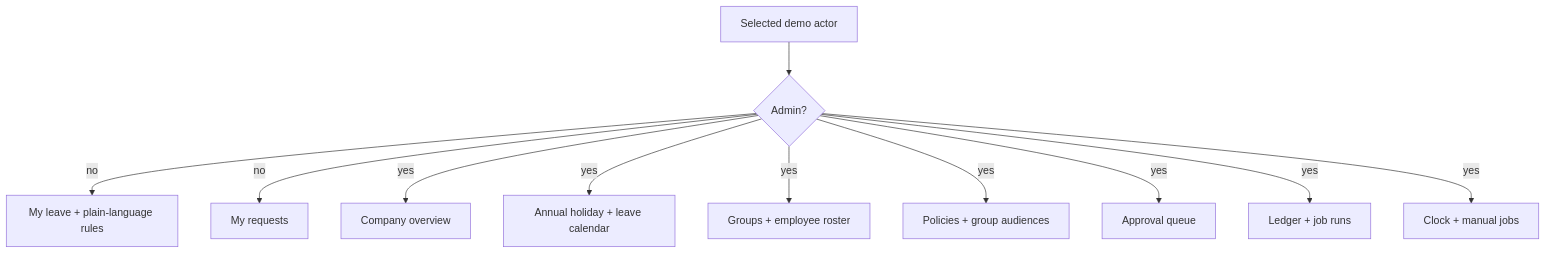
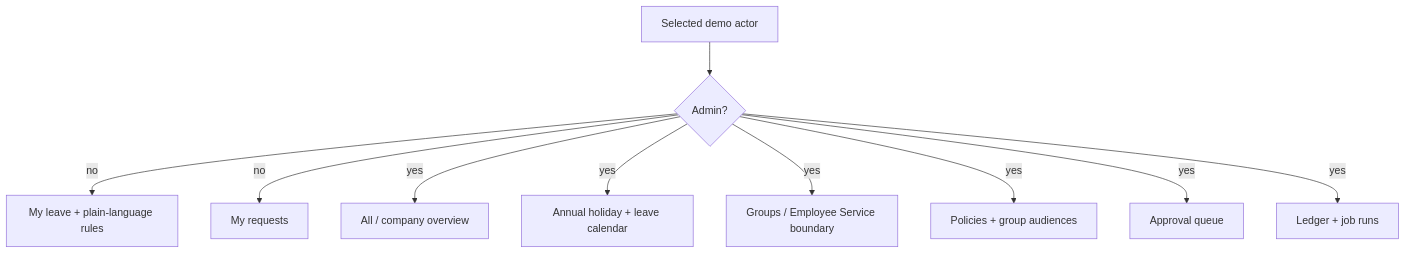
Before and after one commit to advaith334/warp-time-off-tracking: the first of 2 diagrams in frontend/src/DESIGN.md, drawn with Mermaid. The commit also changed other lines of this file and 4 other files, not shown here.

````diff
--- a/frontend/src/DESIGN.md
+++ b/frontend/src/DESIGN.md
@@ -7,13 +7,12 @@
 ```mermaid
 flowchart TD
     Actor[Selected demo actor] --> Role{Admin?}
     Role -- no --> Self[My leave + plain-language rules]
     Role -- no --> Requests[My requests]
-    Role -- yes --> Overview[Company overview]
+    Role -- yes --> Overview[All / company overview]
     Role -- yes --> Calendar[Annual holiday + leave calendar]
-    Role -- yes --> Groups[Groups + employee roster]
+    Role -- yes --> Groups[Groups / Employee Service boundary]
     Role -- yes --> Policies[Policies + group audiences]
     Role -- yes --> Approvals[Approval queue]
     Role -- yes --> Audit[Ledger + job runs]
-    Role -- yes --> Demo[Clock + manual jobs]
 ```
````
